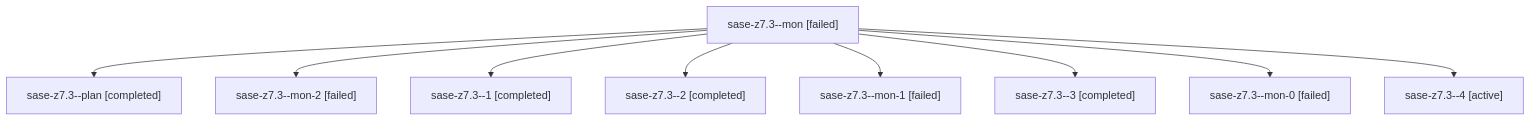
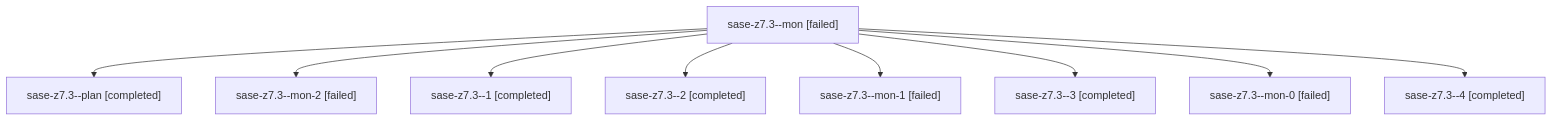
One commit to sase-org/sase--agents changed the diagram in families/bbugyi200.athena.sase-z7.3.md. Above: the diagram before and after it, drawn with Mermaid. The commit also changed other lines of this file and 47 other files, not shown here.

````diff
--- a/families/bbugyi200.athena.sase-z7.3.md
+++ b/families/bbugyi200.athena.sase-z7.3.md
@@ -9,20 +9,20 @@
 ```mermaid
 flowchart TD
   n0["sase-z7.3--mon [failed]"]
   n1["sase-z7.3--plan [completed]"]
   n0 --> n1
   n2["sase-z7.3--mon-2 [failed]"]
   n0 --> n2
   n3["sase-z7.3--1 [completed]"]
   n0 --> n3
   n4["sase-z7.3--2 [completed]"]
   n0 --> n4
   n5["sase-z7.3--mon-1 [failed]"]
   n0 --> n5
   n6["sase-z7.3--3 [completed]"]
   n0 --> n6
   n7["sase-z7.3--mon-0 [failed]"]
   n0 --> n7
-  n8["sase-z7.3--4 [active]"]
+  n8["sase-z7.3--4 [completed]"]
   n0 --> n8
 ```
````
